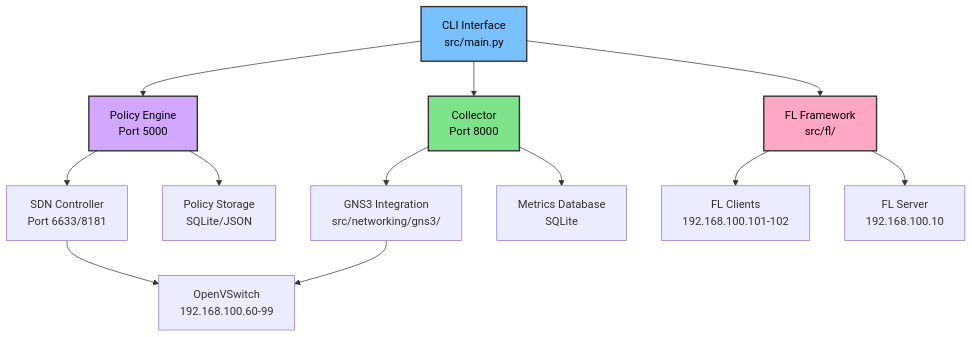
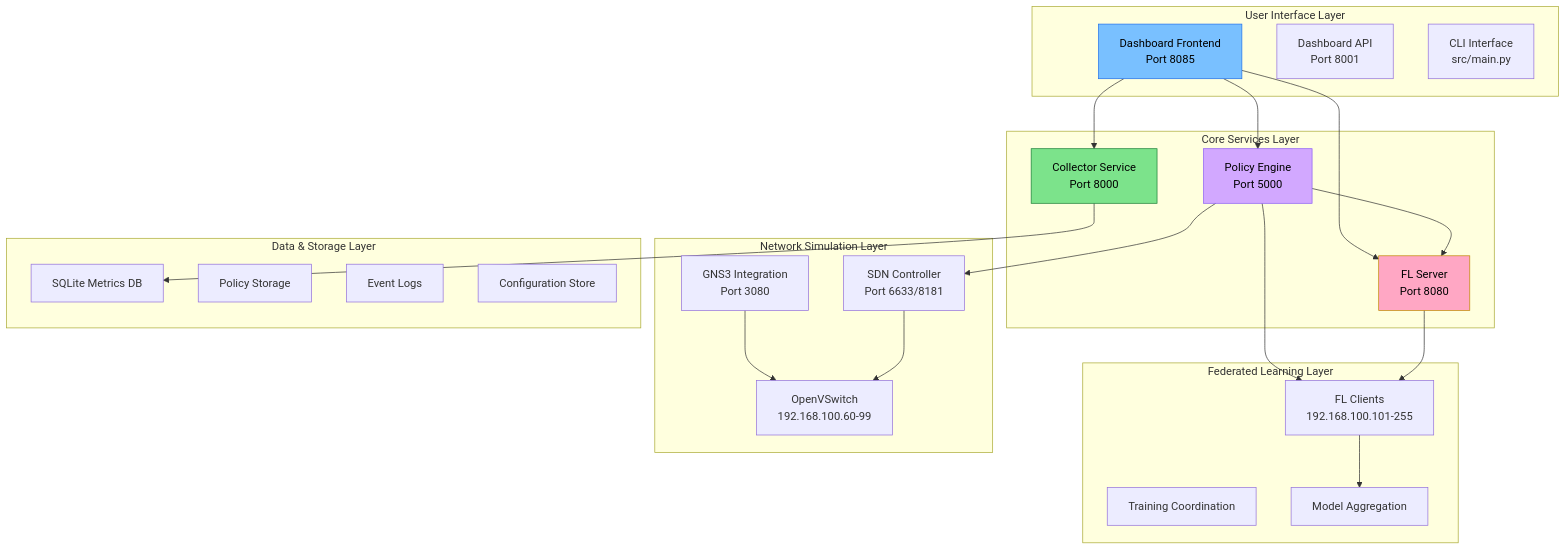
Before and after one commit to abdulmeLINK/flopy-net: the diagram in docs/docs/intro.md, drawn with Mermaid. The commit also changed other lines of this file and 147 other files, not shown here.

````diff
--- a/docs/docs/intro.md
+++ b/docs/docs/intro.md
@@ -61,19 +36,50 @@
 ```mermaid
 graph TD
-    A[CLI Interface<br/>src/main.py] --> B[Policy Engine<br/>Port 5000]
-    A --> C[Collector<br/>Port 8000]
-    A --> D[FL Framework<br/>src/fl/]
-    B --> E[SDN Controller<br/>Port 6633/8181]
-    C --> F[GNS3 Integration<br/>src/networking/gns3/]
-    D --> G[FL Clients<br/>192.168.100.101-102]
-    D --> H[FL Server<br/>192.168.100.10]
-    E --> I[OpenVSwitch<br/>192.168.100.60-99]
-    F --> I
-    B --> J[Policy Storage<br/>SQLite/JSON]
-    C --> K[Metrics Database<br/>SQLite]
+    subgraph "User Interface Layer"
+        A[Dashboard Frontend<br/>Port 8085]
+        B[Dashboard API<br/>Port 8001]
+        C[CLI Interface<br/>src/main.py]
+    end
     
-    style A fill:#79c0ff,stroke:#333,stroke-width:2px,color:#000
-    style B fill:#d2a8ff,stroke:#333,stroke-width:2px,color:#000
-    style C fill:#7ce38b,stroke:#333,stroke-width:2px,color:#000
-    style D fill:#ffa7c4,stroke:#333,stroke-width:2px,color:#000
+    subgraph "Core Services Layer"
+        D[Policy Engine<br/>Port 5000]
+        E[Collector Service<br/>Port 8000]
+        F[FL Server<br/>Port 8080]
+    end
+    
+    subgraph "Federated Learning Layer"
+        G[FL Clients<br/>192.168.100.101-255]
+        H[Training Coordination]
+        I[Model Aggregation]
+    end
+    
+    subgraph "Network Simulation Layer"
+        J[GNS3 Integration<br/>Port 3080]
+        K[SDN Controller<br/>Port 6633/8181]
+        L[OpenVSwitch<br/>192.168.100.60-99]
+    end
+    
+    subgraph "Data & Storage Layer"
+        M[SQLite Metrics DB]
+        N[Policy Storage]
+        O[Event Logs]
+        P[Configuration Store]
+    end
+    
+    A --> D
+    A --> E
+    A --> F
+    D --> F
+    D --> G
+    D --> K
+    E --> M
+    F --> G
+    G --> I
+    J --> L
+    K --> L
+    
+    style A fill:#79c0ff,stroke:#1f6feb,color:#000
+    style D fill:#d2a8ff,stroke:#8b5cf6,color:#000
+    style E fill:#7ce38b,stroke:#1a7f37,color:#000
+    style F fill:#ffa7c4,stroke:#bf8700,color:#000
 ```
````
